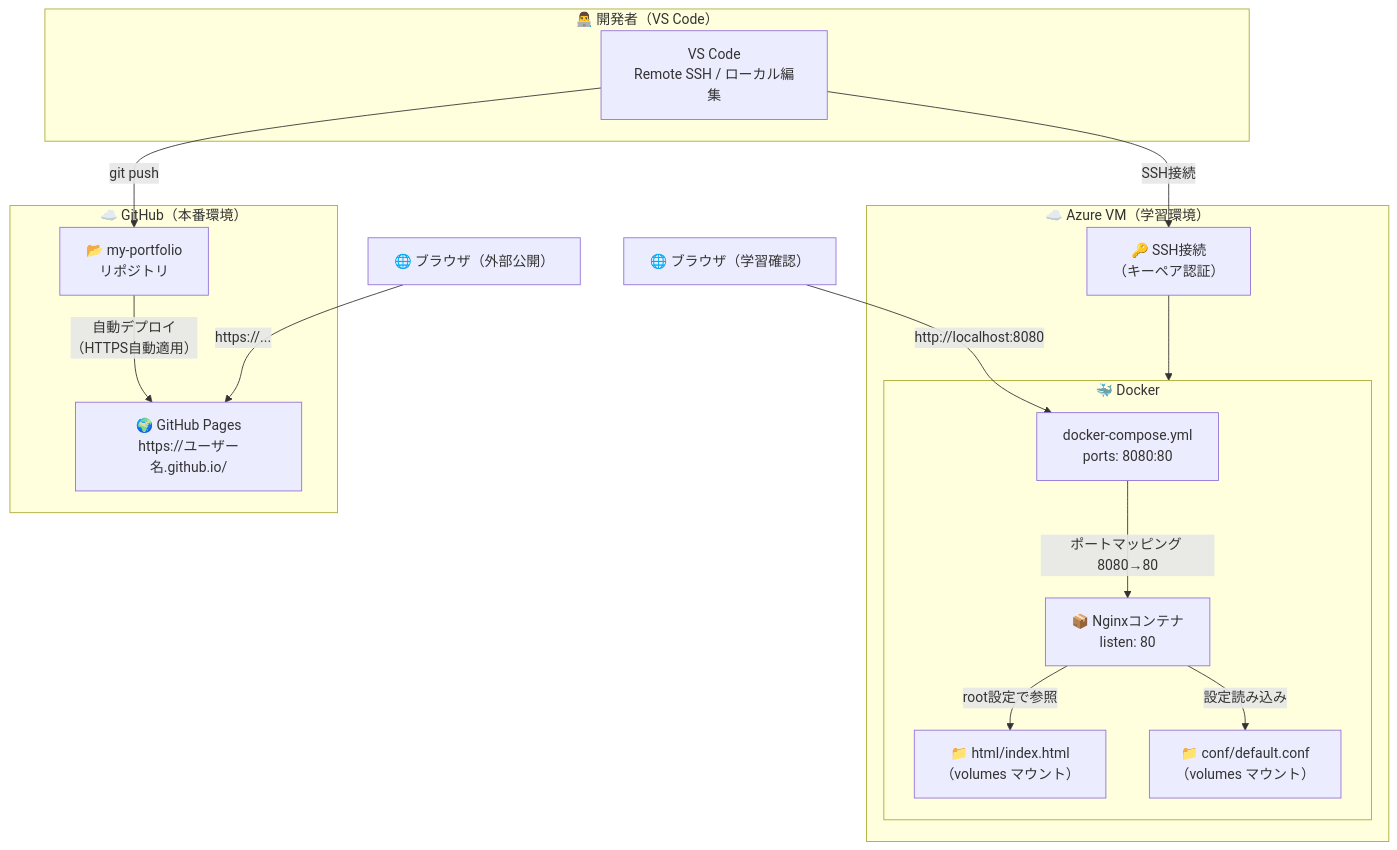
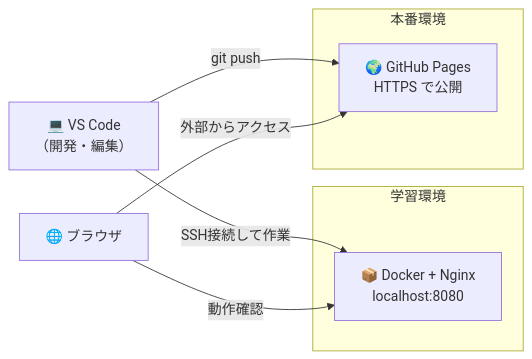
Before and after one commit to syo-go5530/nginx-docker-portfolio: the first of 6 diagrams in DIAGRAMS.md, drawn with Mermaid. The commit also changed other lines of this file, not shown here.

````diff
--- a/DIAGRAMS.md
+++ b/DIAGRAMS.md
@@ -7,33 +7,17 @@
 ```mermaid
-graph TB
-    subgraph DEV["👨‍💻 開発者（VS Code）"]
-        VSCODE["VS Code\nRemote SSH / ローカル編集"]
+graph LR
+    DEV["💻 VS Code\n（開発・編集）"]
+
+    subgraph LEARN["学習環境"]
+        NGINX["📦 Docker + Nginx\nlocalhost:8080"]
     end
 
-    subgraph AZURE["☁️ Azure VM（学習環境）"]
-        SSH["🔑 SSH接続\n（キーペア認証）"]
-        subgraph DOCKER["🐳 Docker"]
-            DC["docker-compose.yml\nports: 8080:80"]
-            NGINX["📦 Nginxコンテナ\nlisten: 80"]
-            HTML["📁 html/index.html\n（volumes マウント）"]
-            CONF["📁 conf/default.conf\n（volumes マウント）"]
-        end
+    subgraph PROD["本番環境"]
+        PAGES["🌍 GitHub Pages\nHTTPS で公開"]
     end
 
-    subgraph GITHUB["☁️ GitHub（本番環境）"]
-        REPO["📂 my-portfolio\nリポジトリ"]
-        PAGES["🌍 GitHub Pages\nhttps://ユーザー名.github.io/"]
-    end
-
-    VSCODE -->|"SSH接続"| SSH
-    SSH --> DOCKER
-    VSCODE -->|"git push"| REPO
-    REPO -->|"自動デプロイ\n（HTTPS自動適用）"| PAGES
-
-    BROWSER1["🌐 ブラウザ（学習確認）"] -->|"http://localhost:8080"| DC
-    DC -->|"ポートマッピング 8080→80"| NGINX
-    NGINX -->|"root設定で参照"| HTML
-    NGINX -->|"設定読み込み"| CONF
-
-    BROWSER2["🌐 ブラウザ（外部公開）"] -->|"https://..."| PAGES
+    DEV -->|"SSH接続して作業"| NGINX
+    DEV -->|"git push"| PAGES
+    BROWSER["🌐 ブラウザ"] -->|"動作確認"| NGINX
+    BROWSER -->|"外部からアクセス"| PAGES
 ```
````
